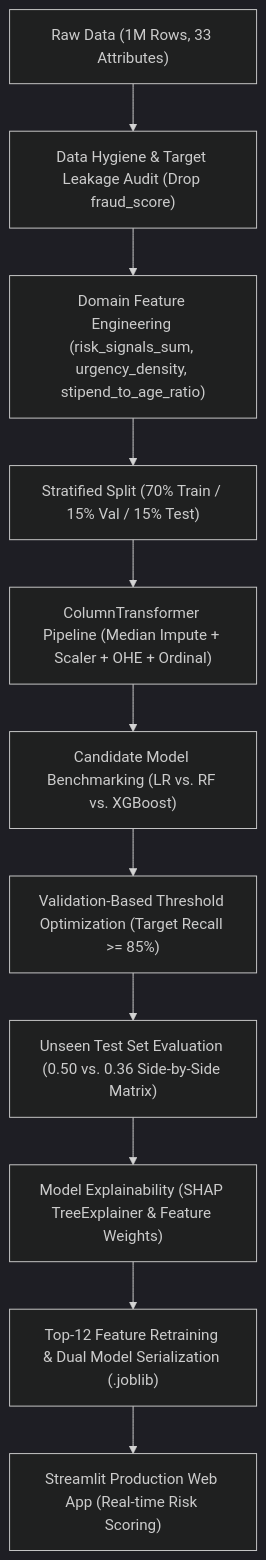
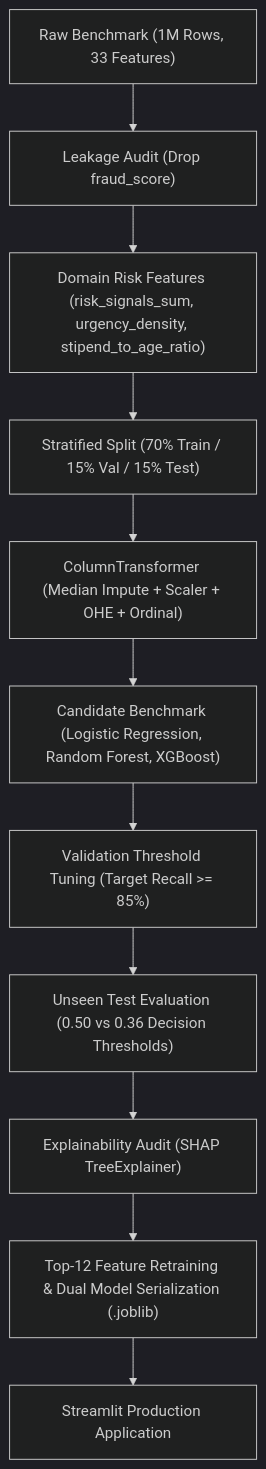
One commit to nazrinasgarova/internship-fraud-detection changed the diagram in README.md. Above: the diagram before and after it, drawn with Mermaid (dark theme). The commit also changed other lines of this file, not shown here.

````diff
--- a/README.md
+++ b/README.md
@@ -30,13 +30,13 @@
 ```mermaid
 flowchart TD
-    A["Raw Data (1M Rows, 33 Attributes)"] --> B["Data Hygiene & Target Leakage Audit (Drop fraud_score)"]
-    B --> C["Domain Feature Engineering (risk_signals_sum, urgency_density, stipend_to_age_ratio)"]
+    A["Raw Benchmark (1M Rows, 33 Features)"] --> B["Leakage Audit (Drop fraud_score)"]
+    B --> C["Domain Risk Features (risk_signals_sum, urgency_density, stipend_to_age_ratio)"]
     C --> D["Stratified Split (70% Train / 15% Val / 15% Test)"]
-    D --> E["ColumnTransformer Pipeline (Median Impute + Scaler + OHE + Ordinal)"]
-    E --> F["Candidate Model Benchmarking (LR vs. RF vs. XGBoost)"]
-    F --> G["Validation-Based Threshold Optimization (Target Recall >= 85%)"]
-    G --> H["Unseen Test Set Evaluation (0.50 vs. 0.36 Side-by-Side Matrix)"]
-    H --> I["Model Explainability (SHAP TreeExplainer & Feature Weights)"]
+    D --> E["ColumnTransformer (Median Impute + Scaler + OHE + Ordinal)"]
+    E --> F["Candidate Benchmark (Logistic Regression, Random Forest, XGBoost)"]
+    F --> G["Validation Threshold Tuning (Target Recall >= 85%)"]
+    G --> H["Unseen Test Evaluation (0.50 vs 0.36 Decision Thresholds)"]
+    H --> I["Explainability Audit (SHAP TreeExplainer)"]
     I --> J["Top-12 Feature Retraining & Dual Model Serialization (.joblib)"]
-    J --> K["Streamlit Production Web App (Real-time Risk Scoring)"]
+    J --> K["Streamlit Production Application"]
 ```
````
